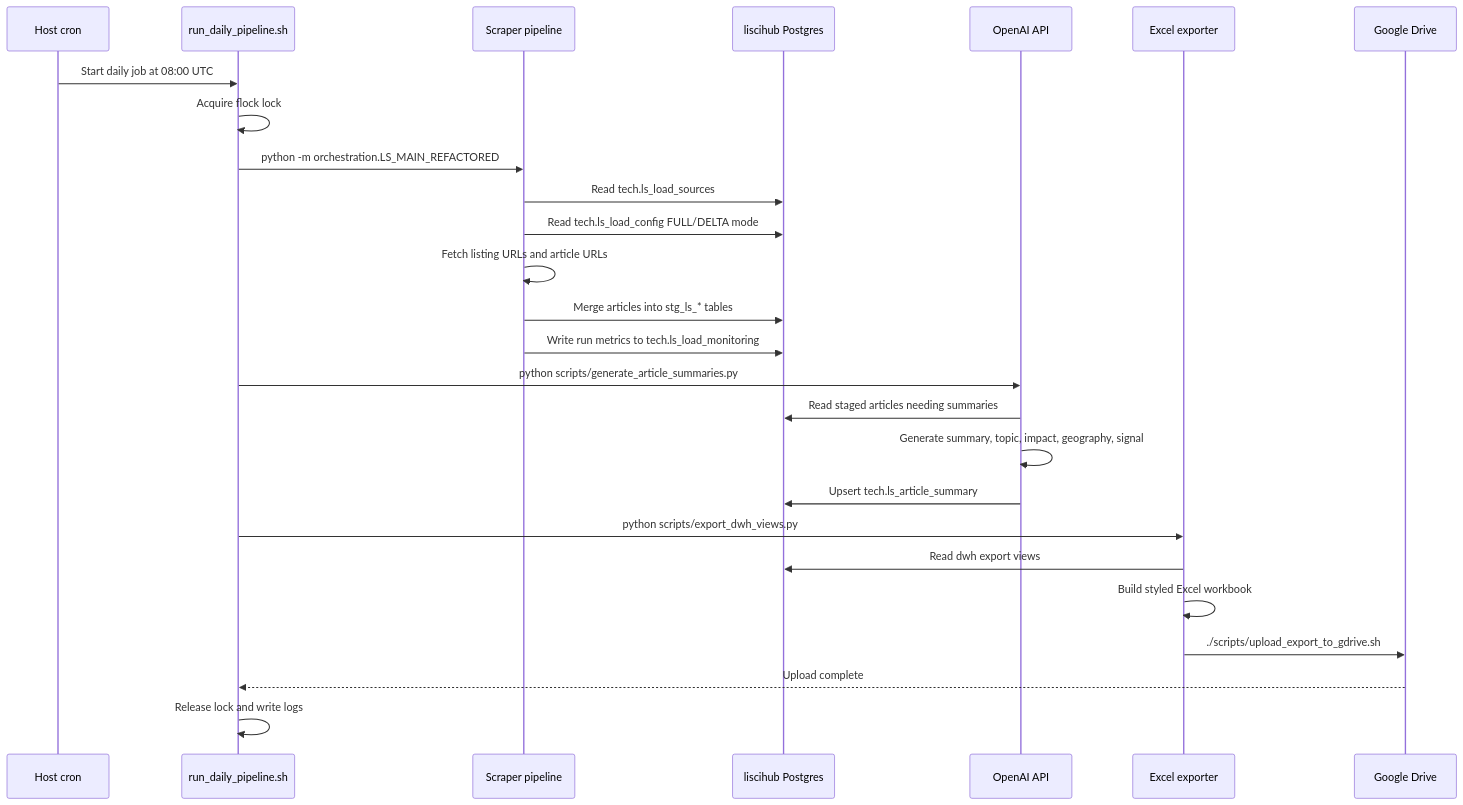
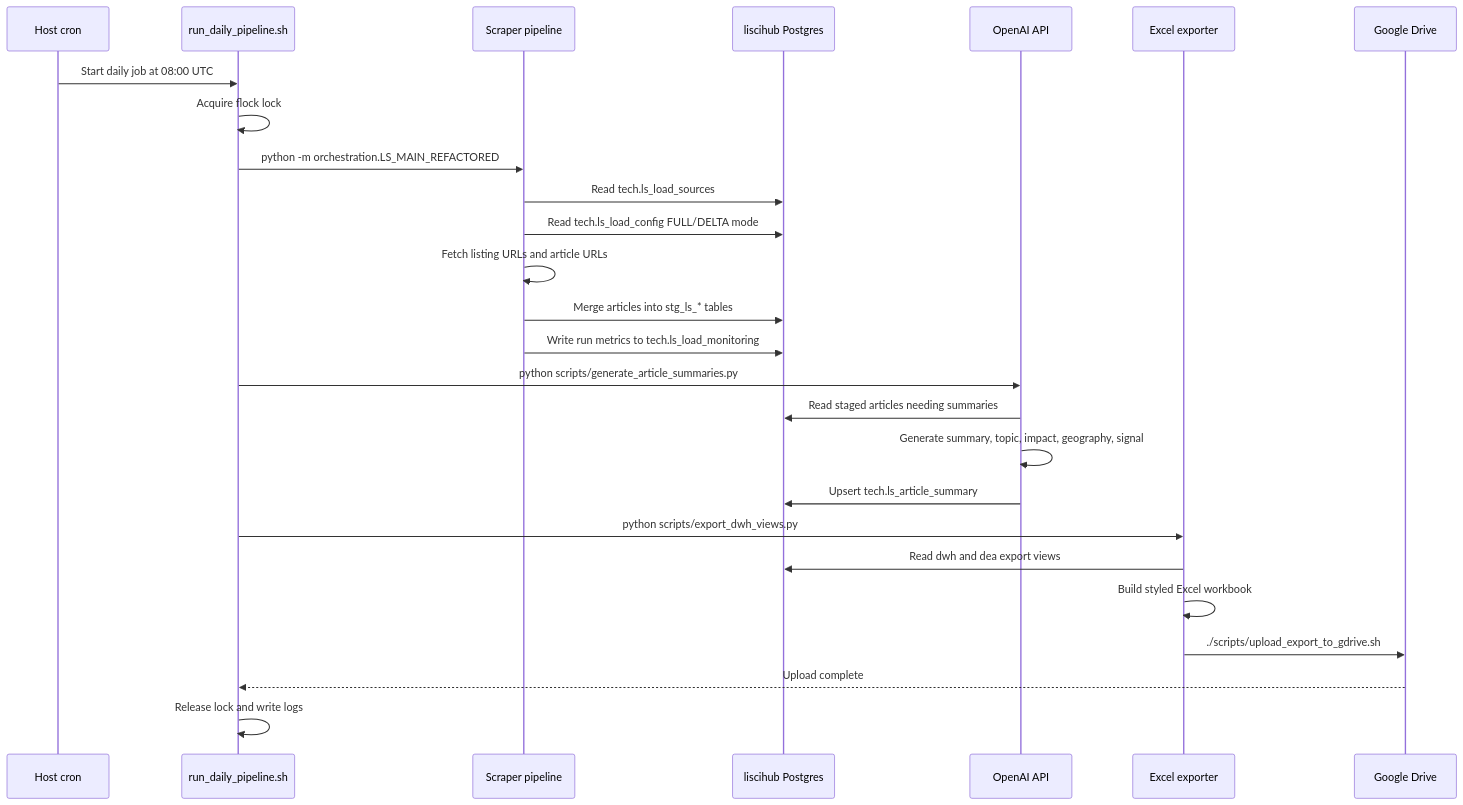
One commit to valentinjoseph/lifescihub changed the second of 4 diagrams in docs/architecture/liscihub_technical_architecture.md. Above: the diagram before and after it, drawn with Mermaid. The commit also changed other lines of this file and 5 other files, not shown here.

````diff
--- a/docs/architecture/liscihub_technical_architecture.md
+++ b/docs/architecture/liscihub_technical_architecture.md
@@ -107,29 +112,29 @@
 ```mermaid
 sequenceDiagram
     participant Cron as Host cron
     participant Runner as run_daily_pipeline.sh
     participant Scrape as Scraper pipeline
     participant PG as liscihub Postgres
     participant AI as OpenAI API
     participant Export as Excel exporter
     participant Drive as Google Drive
 
     Cron->>Runner: Start daily job at 08:00 UTC
     Runner->>Runner: Acquire flock lock
     Runner->>Scrape: python -m orchestration.LS_MAIN_REFACTORED
     Scrape->>PG: Read tech.ls_load_sources
     Scrape->>PG: Read tech.ls_load_config FULL/DELTA mode
     Scrape->>Scrape: Fetch listing URLs and article URLs
     Scrape->>PG: Merge articles into stg_ls_* tables
     Scrape->>PG: Write run metrics to tech.ls_load_monitoring
     Runner->>AI: python scripts/generate_article_summaries.py
     AI->>PG: Read staged articles needing summaries
     AI->>AI: Generate summary, topic, impact, geography, signal
     AI->>PG: Upsert tech.ls_article_summary
     Runner->>Export: python scripts/export_dwh_views.py
-    Export->>PG: Read dwh export views
+    Export->>PG: Read dwh and dea export views
     Export->>Export: Build styled Excel workbook
     Export->>Drive: ./scripts/upload_export_to_gdrive.sh
     Drive-->>Runner: Upload complete
     Runner->>Runner: Release lock and write logs
 ```
````
